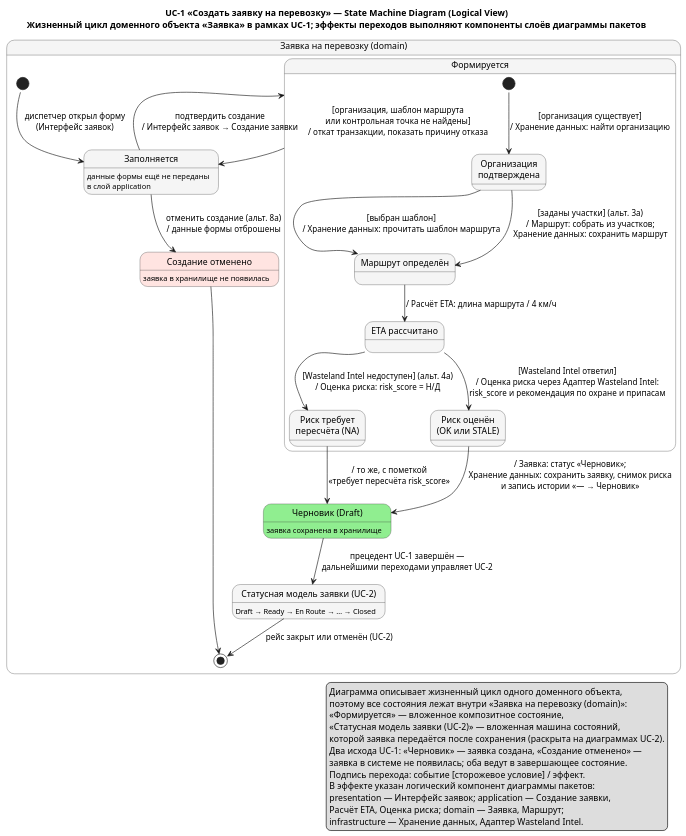
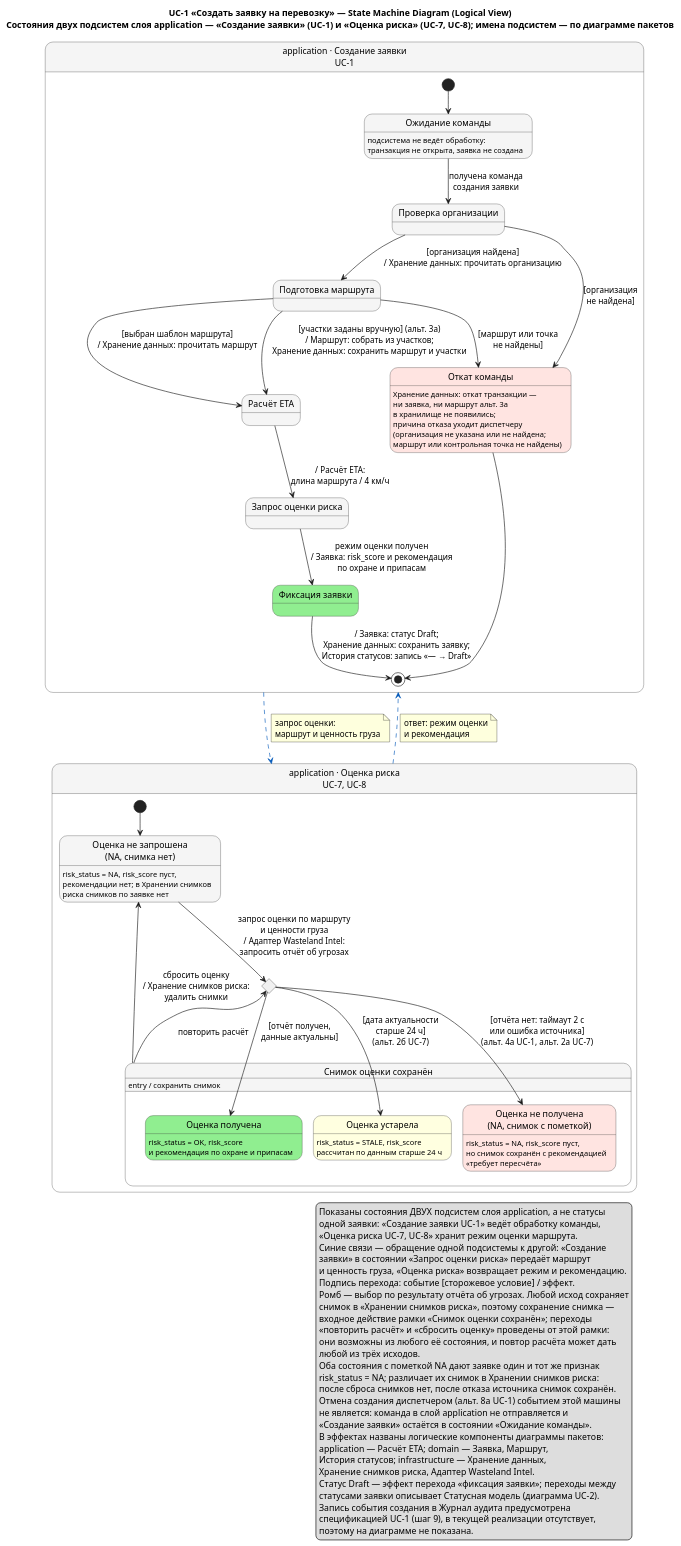
Before and after one commit to granikartem/MPI: the diagram in docs/diagrams/sad/SM_UC1_LogicalView.puml, drawn with PlantUML. The commit also changed 19 other files, not shown here.

Commit message:
Замечания преподавателя отработаны на десяти диаграммах: слои, имена и прерывающие ветки

```diff
--- a/docs/diagrams/sad/SM_UC1_LogicalView.puml
+++ b/docs/diagrams/sad/SM_UC1_LogicalView.puml
@@ -1,66 +1,109 @@
 @startuml SM_UC1_LogicalView
-!pragma layout smetana
+' Раскладка — Graphviz (без !pragma layout smetana): smetana уводит обратные
+' переходы «сбросить оценку» за правую рамку подсистемы «Оценка риска».
 skinparam shadowing false
 skinparam state {
   BackgroundColor #F5F5F5
   BorderColor #333333
   FontName Arial
 }
 
-title UC-1 «Создать заявку на перевозку» — State Machine Diagram (Logical View)\nЖизненный цикл доменного объекта «Заявка» в рамках UC-1; эффекты переходов выполняют компоненты слоёв диаграммы пакетов
+title UC-1 «Создать заявку на перевозку» — State Machine Diagram (Logical View)\nСостояния двух подсистем слоя application — «Создание заявки» (UC-1) и «Оценка риска» (UC-7, UC-8); имена подсистем — по диаграмме пакетов
 
-state "Заявка на перевозку (domain)" as Request {
+state "application · Создание заявки\nUC-1" as A_REQ {
 
-  state "Заполняется" as Filling
-  Filling : данные формы ещё не переданы\nв слой application
+  state "Ожидание команды" as Idle
+  Idle : подсистема не ведёт обработку:\nтранзакция не открыта, заявка не создана
 
-  state "Формируется" as Forming {
-    state "Организация\nподтверждена" as OrgOk
-    state "Маршрут определён" as Routed
-    state "ETA рассчитано" as Eta
-    state "Риск оценён\n(OK или STALE)" as Assessed
-    state "Риск требует\nпересчёта (NA)" as NeedsRecalc
+  state "Проверка организации" as OrgCheck
+  state "Подготовка маршрута" as RoutePrep
+  state "Расчёт ETA" as EtaCalc
+  state "Запрос оценки риска" as RiskReq
+  state "Фиксация заявки" as Persist #LightGreen
+  state "Откат команды" as Rollback #MistyRose
+  Rollback : Хранение данных: откат транзакции —\nни заявка, ни маршрут альт. 3а\nв хранилище не появились;\nпричина отказа уходит диспетчеру\n(организация не указана или не найдена;\nмаршрут или контрольная точка не найдены)
 
-    [*] --> OrgOk : [организация существует]\n/ Хранение данных: найти организацию
-    OrgOk --> Routed : [выбран шаблон]\n/ Хранение данных: прочитать шаблон маршрута
-    OrgOk --> Routed : [заданы участки] (альт. 3а)\n/ Маршрут: собрать из участков;\nХранение данных: сохранить маршрут
-    Routed --> Eta : / Расчёт ETA: длина маршрута / 4 км/ч
-    Eta --> Assessed : [Wasteland Intel ответил]\n/ Оценка риска через Адаптер Wasteland Intel:\nrisk_score и рекомендация по охране и припасам
-    Eta --> NeedsRecalc : [Wasteland Intel недоступен] (альт. 4а)\n/ Оценка риска: risk_score = Н/Д
-  }
-
-  state "Черновик (Draft)" as Draft #LightGreen
-  Draft : заявка сохранена в хранилище
-
-  state "Статусная модель заявки (UC-2)" as UC2 <<вложенная машина состояний>>
-  UC2 : Draft → Ready → En Route → … → Closed
-
-  state "Создание отменено" as Cancelled #MistyRose
-  Cancelled : заявка в хранилище не появилась
-
-  [*] --> Filling : диспетчер открыл форму\n(Интерфейс заявок)
-  Filling --> Forming : подтвердить создание\n/ Интерфейс заявок → Создание заявки
-  Filling --> Cancelled : отменить создание (альт. 8а)\n/ данные формы отброшены
-  Forming --> Filling : [организация, шаблон маршрута\nили контрольная точка не найдены]\n/ откат транзакции, показать причину отказа
-  Assessed --> Draft : / Заявка: статус «Черновик»;\nХранение данных: сохранить заявку, снимок риска\nи запись истории «— → Черновик»
-  NeedsRecalc --> Draft : / то же, с пометкой\n«требует пересчёта risk_score»
-  Draft --> UC2 : прецедент UC-1 завершён —\nдальнейшими переходами управляет UC-2
-  UC2 --> [*] : рейс закрыт или отменён (UC-2)
-  Cancelled --> [*]
+  [*] --> Idle
+  Idle --> OrgCheck : получена команда\nсоздания заявки
+  OrgCheck --> Rollback : [организация\nне найдена]
+  OrgCheck --> RoutePrep : [организация найдена]\n/ Хранение данных: прочитать организацию
+  RoutePrep --> Rollback : [маршрут или точка\nне найдены]
+  RoutePrep --> EtaCalc : [выбран шаблон маршрута]\n/ Хранение данных: прочитать маршрут
+  RoutePrep --> EtaCalc : [участки заданы вручную] (альт. 3а)\n/ Маршрут: собрать из участков;\nХранение данных: сохранить маршрут и участки
+  EtaCalc --> RiskReq : / Расчёт ETA:\nдлина маршрута / 4 км/ч
+  RiskReq --> Persist : режим оценки получен\n/ Заявка: risk_score и рекомендация\nпо охране и припасам
+  Persist --> [*] : / Заявка: статус Draft;\nХранение данных: сохранить заявку;\nИстория статусов: запись «— → Draft»
+  Rollback --> [*]
 }
 
+state "application · Оценка риска\nUC-7, UC-8" as A_RISK {
+
+  state "Оценка не запрошена\n(NA, снимка нет)" as NoRisk
+  NoRisk : risk_status = NA, risk_score пуст,\nрекомендации нет; в Хранении снимков\nриска снимков по заявке нет
+
+  state Calc <<choice>>
+
+  state "Снимок оценки сохранён" as Snap {
+    state "Оценка получена" as RiskOk #LightGreen
+    RiskOk : risk_status = OK, risk_score\nи рекомендация по охране и припасам
+
+    state "Оценка устарела" as RiskStale #LightYellow
+    RiskStale : risk_status = STALE, risk_score\nрассчитан по данным старше 24 ч
+
+    state "Оценка не получена\n(NA, снимок с пометкой)" as RiskNa #MistyRose
+    RiskNa : risk_status = NA, risk_score пуст,\nно снимок сохранён с рекомендацией\n«требует пересчёта»
+  }
+  Snap : entry / сохранить снимок
+
+  [*] --> NoRisk
+  NoRisk -down-> Calc : запрос оценки по маршруту\nи ценности груза\n/ Адаптер Wasteland Intel:\nзапросить отчёт об угрозах
+  Calc --> RiskOk : [отчёт получен,\nданные актуальны]
+  Calc --> RiskStale : [дата актуальности\nстарше 24 ч]\n(альт. 2б UC-7)
+  Calc --> RiskNa : [отчёта нет: таймаут 2 с\nили ошибка источника]\n(альт. 4а UC-1, альт. 2а UC-7)
+  Snap -up-> Calc : повторить расчёт
+  ' пробелы по краям средней строки — отступ подписи от линии перехода (иначе «/» ложится на неё)
+  Snap -up-> NoRisk : сбросить оценку\n   / Хранение снимков риска:   \nудалить снимки
+}
+
+A_REQ -[#0057B8,dashed]-> A_RISK
+note on link
+  запрос оценки:
+  маршрут и ценность груза
+end note
+A_RISK -[#0057B8,dashed]-> A_REQ
+note on link
+  ответ: режим оценки
+  и рекомендация
+end note
+
 legend right
-  Диаграмма описывает жизненный цикл одного доменного объекта,
-  поэтому все состояния лежат внутри «Заявка на перевозку (domain)»:
-  «Формируется» — вложенное композитное состояние,
-  «Статусная модель заявки (UC-2)» — вложенная машина состояний,
-  которой заявка передаётся после сохранения (раскрыта на диаграммах UC-2).
-  Два исхода UC-1: «Черновик» — заявка создана, «Создание отменено» —
-  заявка в системе не появилась; оба ведут в завершающее состояние.
+  Показаны состояния ДВУХ подсистем слоя application, а не статусы
+  одной заявки: «Создание заявки UC-1» ведёт обработку команды,
+  «Оценка риска UC-7, UC-8» хранит режим оценки маршрута.
+  Синие связи — обращение одной подсистемы к другой: «Создание
+  заявки» в состоянии «Запрос оценки риска» передаёт маршрут
+  и ценность груза, «Оценка риска» возвращает режим и рекомендацию.
   Подпись перехода: событие [сторожевое условие] / эффект.
-  В эффекте указан логический компонент диаграммы пакетов:
-  presentation — Интерфейс заявок; application — Создание заявки,
-  Расчёт ETA, Оценка риска; domain — Заявка, Маршрут;
-  infrastructure — Хранение данных, Адаптер Wasteland Intel.
+  Ромб — выбор по результату отчёта об угрозах. Любой исход сохраняет
+  снимок в «Хранении снимков риска», поэтому сохранение снимка —
+  входное действие рамки «Снимок оценки сохранён»; переходы
+  «повторить расчёт» и «сбросить оценку» проведены от этой рамки:
+  они возможны из любого её состояния, и повтор расчёта может дать
+  любой из трёх исходов.
+  Оба состояния с пометкой NA дают заявке один и тот же признак
+  risk_status = NA; различает их снимок в Хранении снимков риска:
+  после сброса снимков нет, после отказа источника снимок сохранён.
+  Отмена создания диспетчером (альт. 8а UC-1) событием этой машины
+  не является: команда в слой application не отправляется и
+  «Создание заявки» остаётся в состоянии «Ожидание команды».
+  В эффектах названы логические компоненты диаграммы пакетов:
+  application — Расчёт ETA; domain — Заявка, Маршрут,
+  История статусов; infrastructure — Хранение данных,
+  Хранение снимков риска, Адаптер Wasteland Intel.
+  Статус Draft — эффект перехода «фиксация заявки»; переходы между
+  статусами заявки описывает Статусная модель (диаграмма UC-2).
+  Запись события создания в Журнал аудита предусмотрена
+  спецификацией UC-1 (шаг 9), в текущей реализации отсутствует,
+  поэтому на диаграмме не показана.
 endlegend
 @enduml
```
